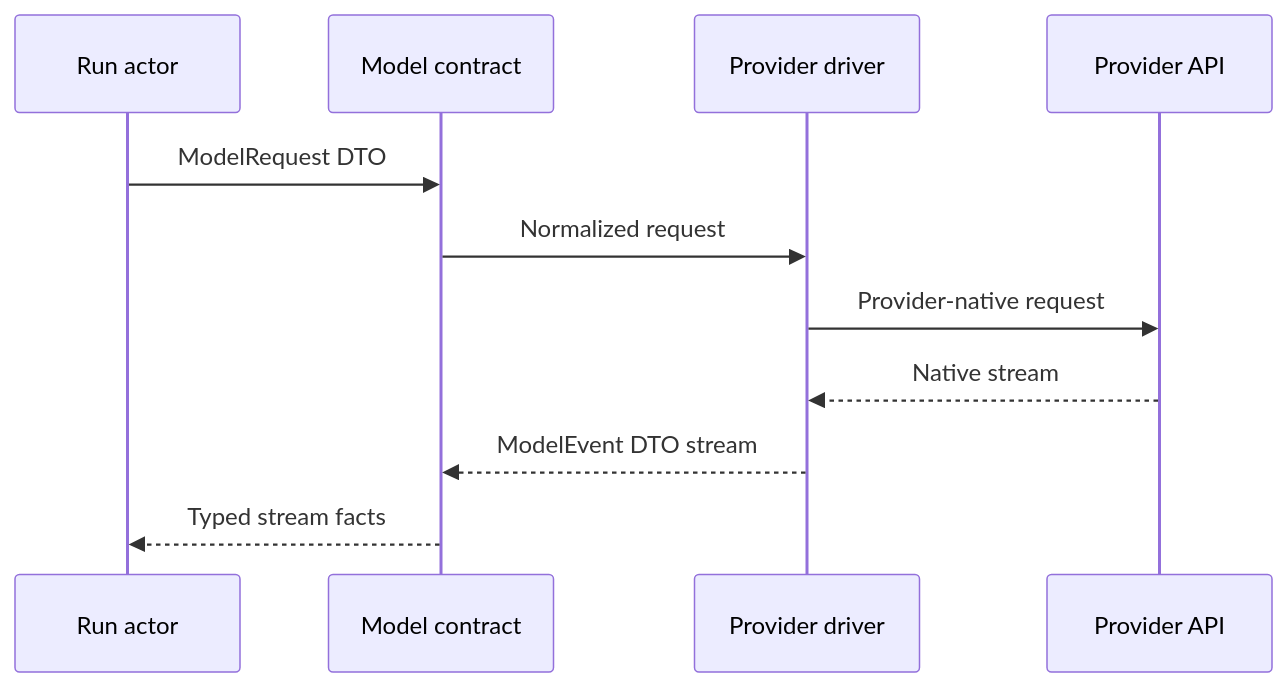
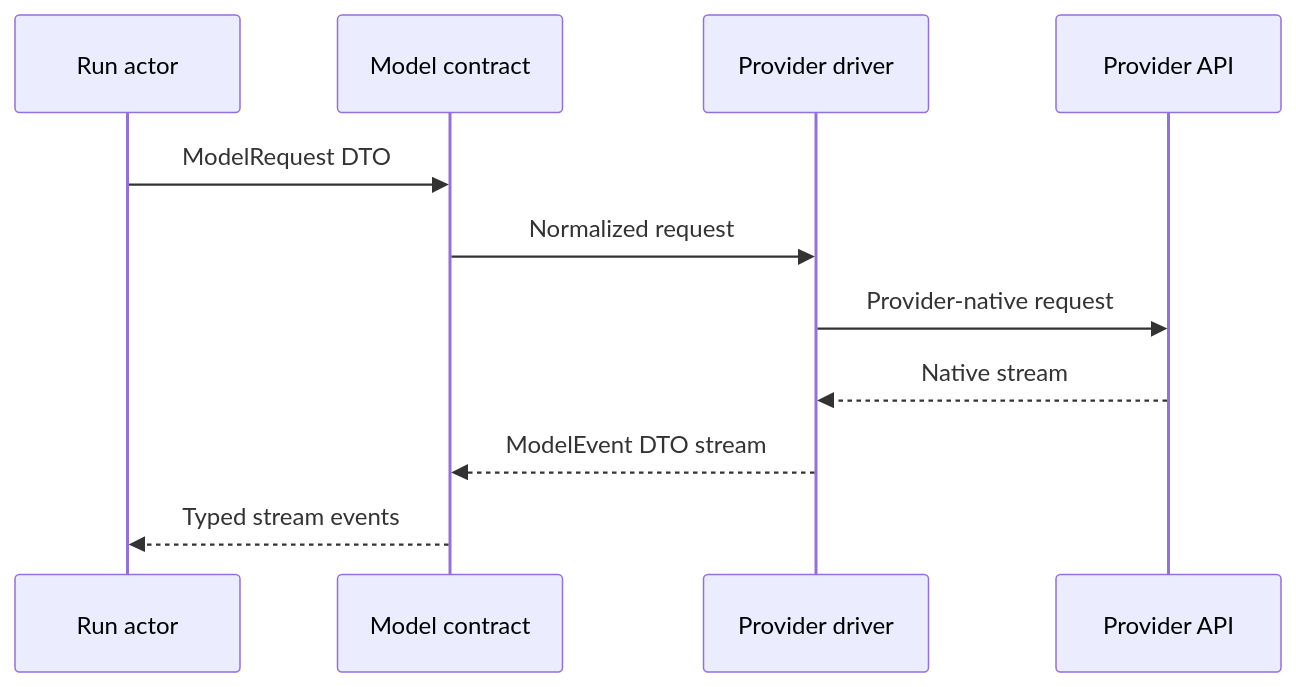
The diagram in docs/intention-relay/architecture/08-model-protocol-and-providers.md (y0tsy/intention-relay), drawn with Mermaid before and after one commit. The commit also changed other lines of this file and 2 other files, not shown here.

First line of the commit message:
refactor(application): one transaction per tool call without lifecycle events

````diff
--- a/docs/intention-relay/architecture/08-model-protocol-and-providers.md
+++ b/docs/intention-relay/architecture/08-model-protocol-and-providers.md
@@ -66,14 +67,14 @@
 ```mermaid
 sequenceDiagram
   participant R as Run actor
   participant M as Model contract
   participant P as Provider driver
   participant X as Provider API
 
   R->>M: ModelRequest DTO
   M->>P: Normalized request
   P->>X: Provider-native request
   X-->>P: Native stream
   P-->>M: ModelEvent DTO stream
-  M-->>R: Typed stream facts
+  M-->>R: Typed stream events
 ```
````
